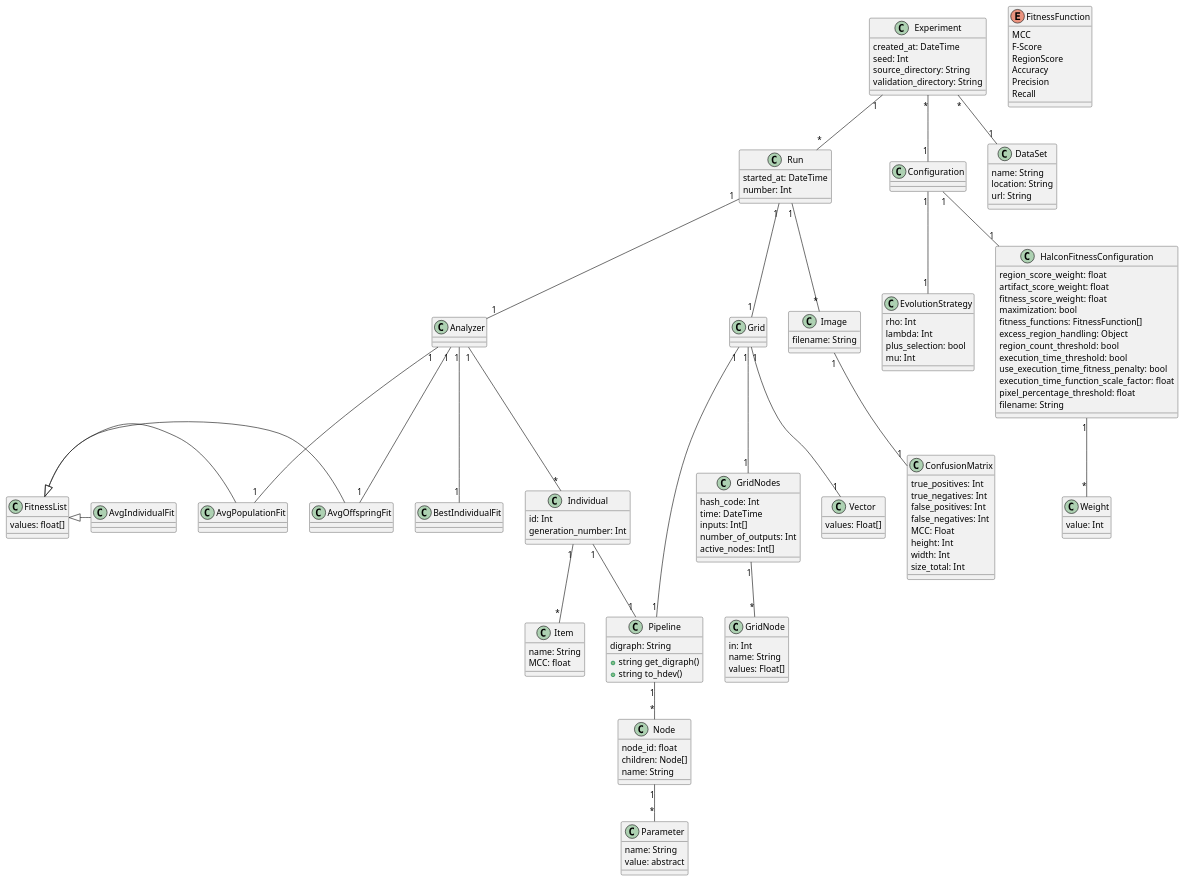
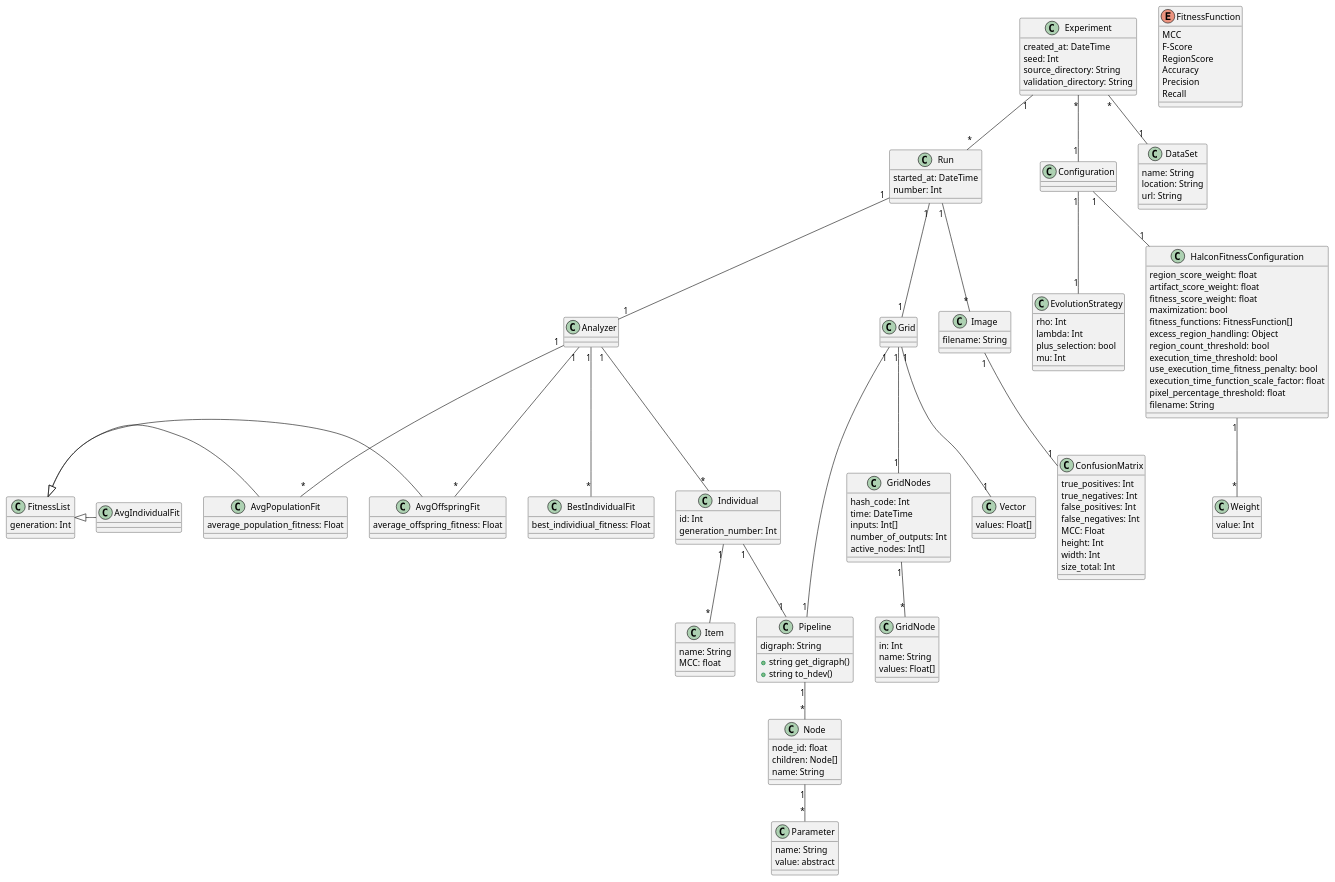
Before and after one commit to anmarchio/experiments: the diagram in diagrams/DataModel.md, drawn with PlantUML.

```diff
--- a/diagrams/DataModel.md
+++ b/diagrams/DataModel.md
@@ -61,13 +61,19 @@
 class Analyzer
 
 class FitnessList {
-  values: float[] 
+  generation: Int
 }
-class AvgOffspringFit
+class AvgOffspringFit {
+  average_offspring_fitness: Float
+}
 
-class AvgPopulationFit
+class AvgPopulationFit {
+  average_population_fitness: Float
+}
 
-class BestIndividualFit
+class BestIndividualFit {
+  best_individiual_fitness: Float
+}
 
 class Individual {
   id: Int
@@ -141,9 +147,9 @@
 Configuration "1" -- "1" EvolutionStrategy
 HalconFitnessConfiguration "1" -- "*" Weight
 
-Analyzer "1" -- "1" AvgOffspringFit 
-Analyzer "1" -- "1" AvgPopulationFit
-Analyzer "1" -- "1" BestIndividualFit
+Analyzer "1" -- "*" AvgOffspringFit 
+Analyzer "1" -- "*" AvgPopulationFit
+Analyzer "1" -- "*" BestIndividualFit
 Analyzer "1" -- "*" Individual
 Individual "1" -- "*" Item
 Individual "1" -- "1" Pipeline
```
